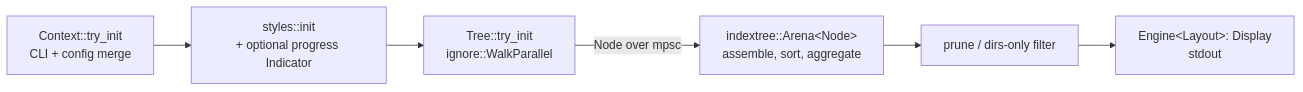
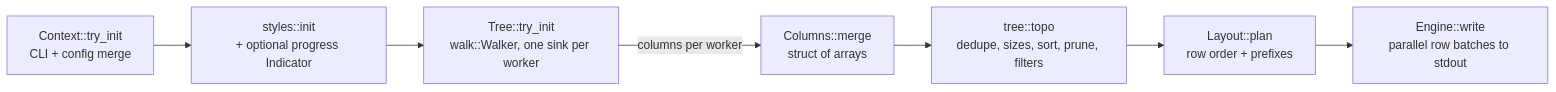
Before and after one commit to jeiang/erdtree: the diagram in AGENTS.md, drawn with Mermaid. The commit also changed other lines of this file and 38 other files, not shown here.

First line of the commit message:
perf: parallel columnar walk and render; verify tree algorithms with Kani (#36)

````diff
--- a/AGENTS.md
+++ b/AGENTS.md
@@ -11,8 +11,9 @@
 ```mermaid
 flowchart LR
   A[Context::try_init<br/>CLI + config merge] --> B[styles::init<br/>+ optional progress Indicator]
-  B --> C[Tree::try_init<br/>ignore::WalkParallel]
-  C -->|Node over mpsc| D[indextree::Arena&lt;Node&gt;<br/>assemble, sort, aggregate]
-  D --> E[prune / dirs-only filter]
-  E --> F[Engine&lt;Layout&gt;: Display<br/>stdout]
+  B --> C[Tree::try_init<br/>walk::Walker, one sink per worker]
+  C -->|columns per worker| D[Columns::merge<br/>struct of arrays]
+  D --> E[tree::topo<br/>dedupe, sizes, sort, prune, filters]
+  E --> F[Layout::plan<br/>row order + prefixes]
+  F --> G[Engine::write<br/>parallel row batches to stdout]
 ```
````
